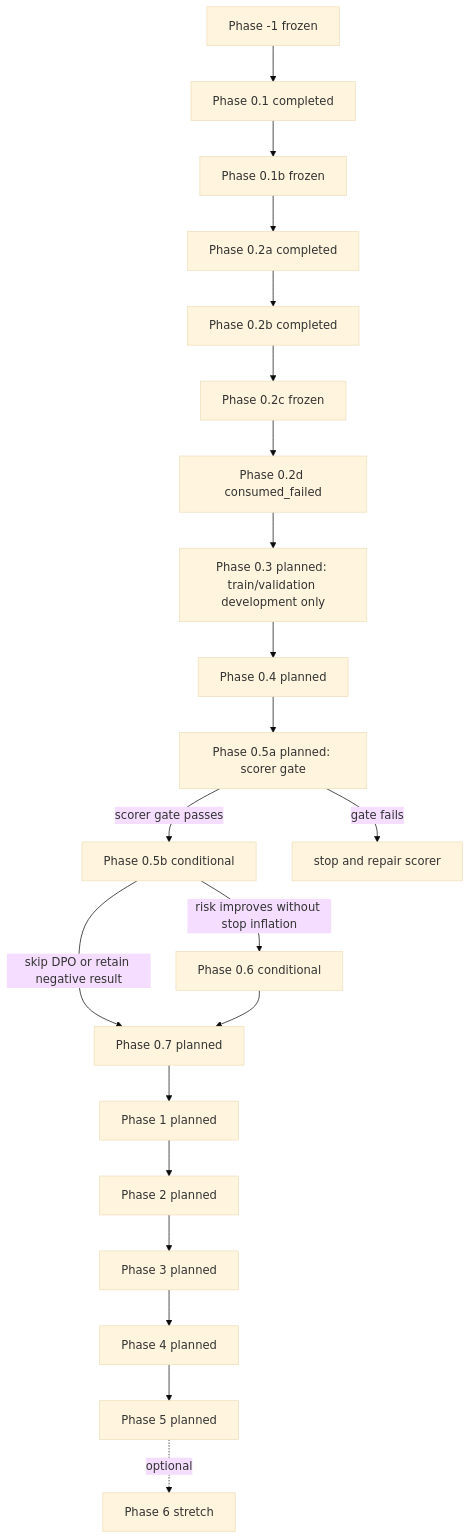
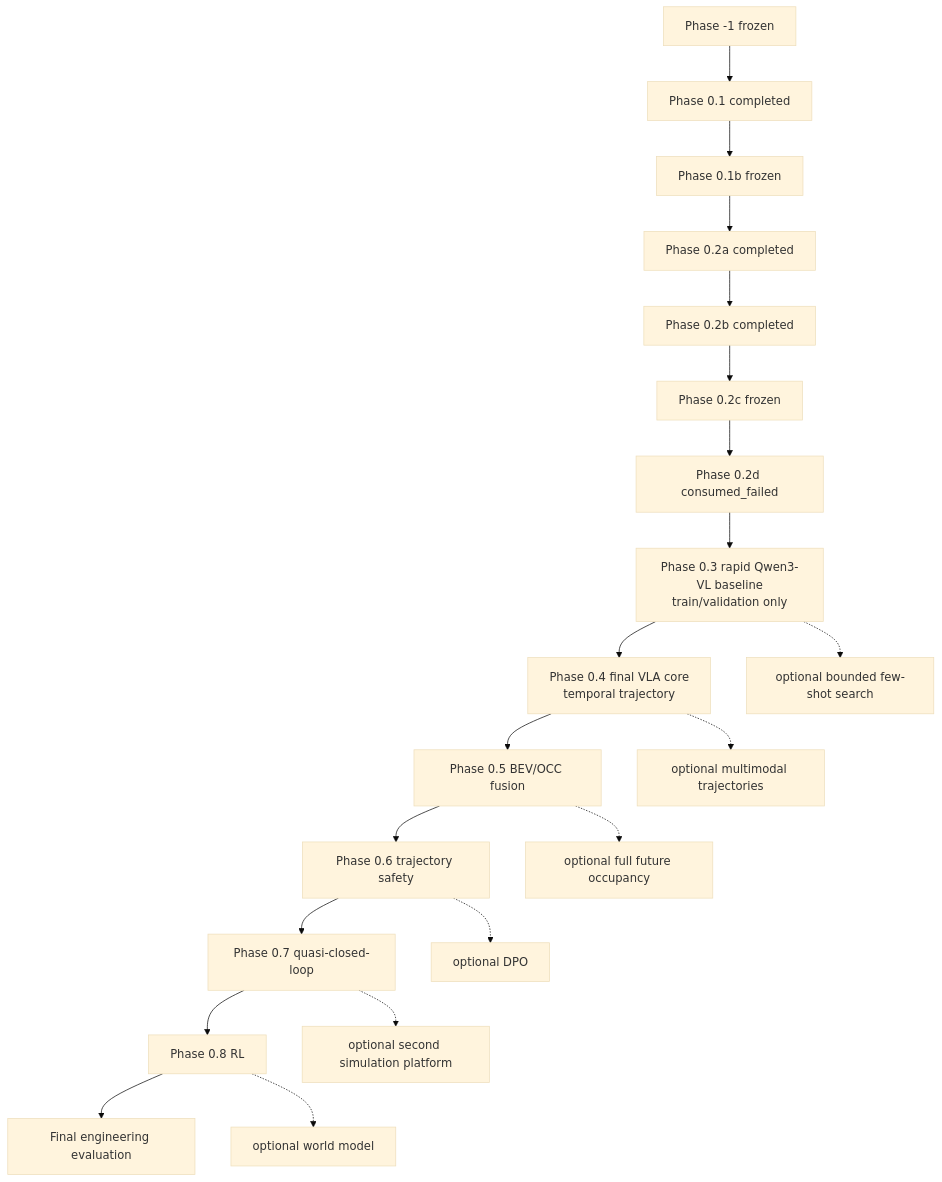
Before and after one commit to TNAG031231/4vla_learning: the second of 2 diagrams in project_mvp_plan.md, drawn with Mermaid (base theme). The commit also changed other lines of this file, not shown here.

Commit message:
docs: define direct-to-final VLA core stages

````diff
--- a/project_mvp_plan.md
+++ b/project_mvp_plan.md
@@ -349,23 +361,23 @@
 ```mermaid
 flowchart TD
     Pm1["Phase -1 frozen"] --> P01["Phase 0.1 completed"]
     P01 --> P01b["Phase 0.1b frozen"]
     P01b --> P02a["Phase 0.2a completed"]
     P02a --> P02b["Phase 0.2b completed"]
     P02b --> P02c["Phase 0.2c frozen"]
     P02c --> P02d["Phase 0.2d consumed_failed"]
-    P02d --> P03["Phase 0.3 planned: train/validation development only"]
-    P03 --> P04["Phase 0.4 planned"]
-    P04 --> P05a["Phase 0.5a planned: scorer gate"]
-    P05a -->|"scorer gate passes"| P05b["Phase 0.5b conditional"]
-    P05a -->|"gate fails"| FixScorer["stop and repair scorer"]
-    P05b -->|"risk improves without stop inflation"| P06["Phase 0.6 conditional"]
-    P05b -->|"skip DPO or retain negative result"| P07["Phase 0.7 planned"]
-    P06 --> P07
-    P07 --> P1["Phase 1 planned"]
-    P1 --> P2["Phase 2 planned"]
-    P2 --> P3["Phase 3 planned"]
-    P3 --> P4["Phase 4 planned"]
-    P4 --> P5["Phase 5 planned"]
-    P5 -.->|"optional"| P6["Phase 6 stretch"]
+    P02d --> P03["Phase 0.3 rapid Qwen3-VL baseline<br/>train/validation only"]
+    P03 --> P04["Phase 0.4 final VLA core<br/>temporal trajectory"]
+    P04 --> P05["Phase 0.5 BEV/OCC fusion"]
+    P05 --> P06["Phase 0.6 trajectory safety"]
+    P06 --> P07["Phase 0.7 quasi-closed-loop"]
+    P07 --> P08["Phase 0.8 RL"]
+    P08 --> PF["Final engineering evaluation"]
+
+    P03 -.-> OPrompt["optional bounded few-shot search"]
+    P04 -.-> OMulti["optional multimodal trajectories"]
+    P05 -.-> OFutureOcc["optional full future occupancy"]
+    P06 -.-> ODPO["optional DPO"]
+    P07 -.-> OPlatform["optional second simulation platform"]
+    P08 -.-> OWorld["optional world model"]
 ```
````
